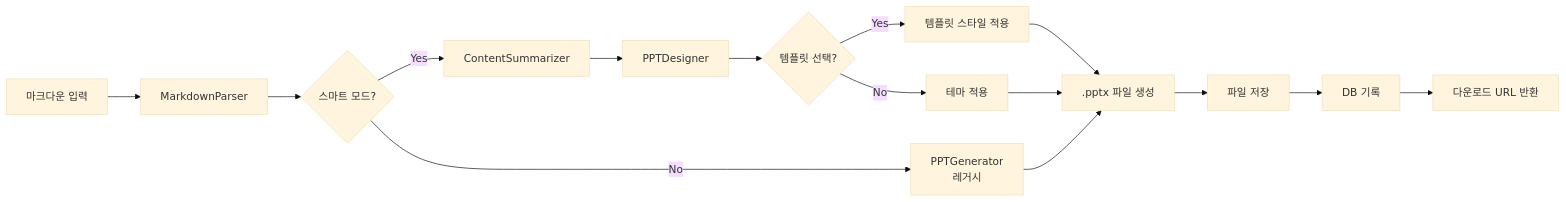
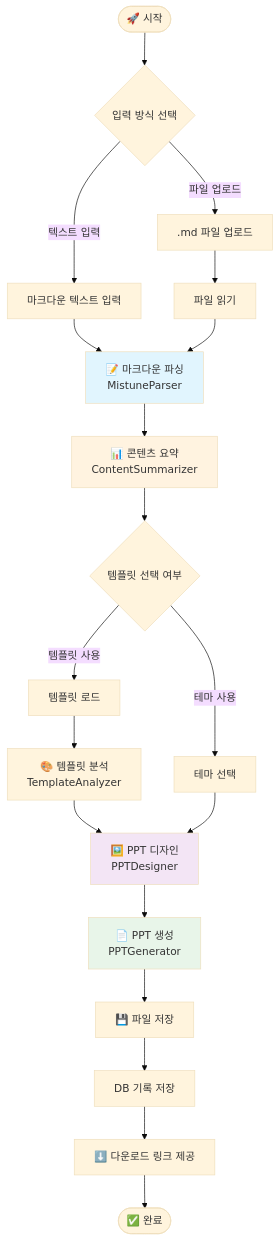
One commit to donseok/doc_gen changed the second of 11 diagrams in ppt-doc-automation/docs/PROJECT_ANALYSIS.md. Above: the diagram before and after it, drawn with Mermaid (base theme). The commit also changed other lines of this file and 2 other files, not shown here.

````diff
--- a/ppt-doc-automation/docs/PROJECT_ANALYSIS.md
+++ b/ppt-doc-automation/docs/PROJECT_ANALYSIS.md
@@ -147,22 +149,35 @@
 ```mermaid
-flowchart LR
-    A[마크다운 입력] --> B[MarkdownParser]
-    B --> C{스마트 모드?}
-
-    C -->|Yes| D[ContentSummarizer]
-    C -->|No| E[PPTGenerator<br/>레거시]
-
-    D --> F[PPTDesigner]
-
-    F --> G{템플릿 선택?}
-    G -->|Yes| H[템플릿 스타일 적용]
-    G -->|No| I[테마 적용]
-
-    H --> J[.pptx 파일 생성]
-    I --> J
-    E --> J
-
-    J --> K[파일 저장]
-    K --> L[DB 기록]
-    L --> M[다운로드 URL 반환]
+flowchart TD
+    Start([🚀 시작]) --> Input{입력 방식 선택}
+    
+    Input -->|텍스트 입력| TextInput[마크다운 텍스트 입력]
+    Input -->|파일 업로드| FileUpload[.md 파일 업로드]
+    
+    TextInput --> Parse
+    FileUpload --> ReadFile[파일 읽기]
+    ReadFile --> Parse
+    
+    Parse[📝 마크다운 파싱<br/>MistuneParser]
+    Parse --> Summary[📊 콘텐츠 요약<br/>ContentSummarizer]
+    
+    Summary --> TemplateCheck{템플릿 선택 여부}
+    
+    TemplateCheck -->|템플릿 사용| LoadTemplate[템플릿 로드]
+    TemplateCheck -->|테마 사용| SelectTheme[테마 선택]
+    
+    LoadTemplate --> AnalyzeTemplate[🎨 템플릿 분석<br/>TemplateAnalyzer]
+    AnalyzeTemplate --> Design
+    SelectTheme --> Design
+    
+    Design[🖼️ PPT 디자인<br/>PPTDesigner]
+    Design --> Generate[📄 PPT 생성<br/>PPTGenerator]
+    Generate --> SaveFile[💾 파일 저장]
+    SaveFile --> SaveDB[DB 기록 저장]
+    SaveDB --> Download[⬇️ 다운로드 링크 제공]
+    Download --> End([✅ 완료])
+    
+    style Parse fill:#e1f5fe
+    style Summary fill:#fff3e0
+    style Design fill:#f3e5f5
+    style Generate fill:#e8f5e9
 ```
````
